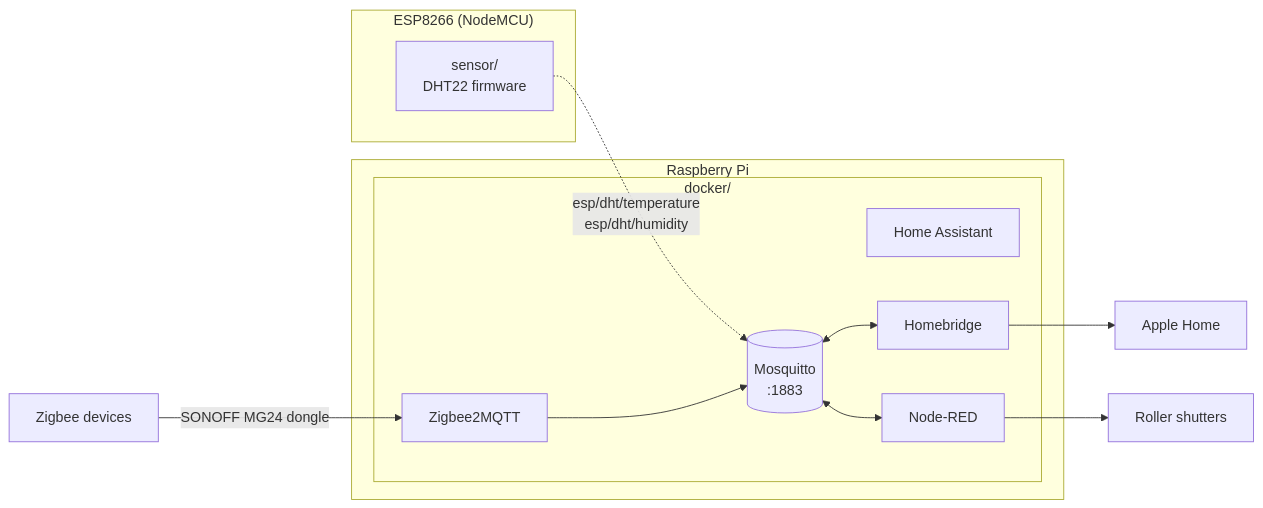
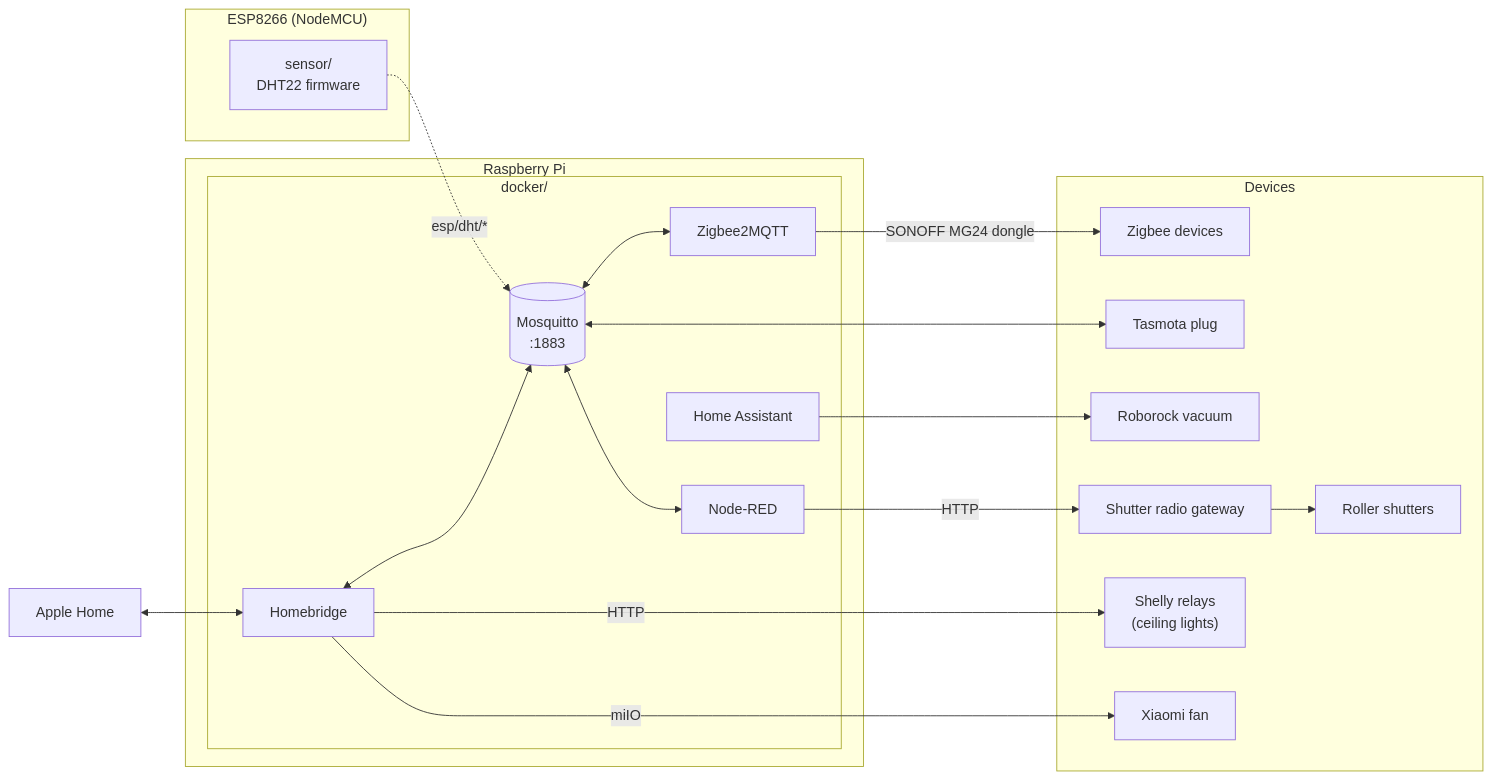
The diagram in README.md (yuran-liang/smart-home), drawn with Mermaid before and after one commit. The commit also changed other lines of this file, not shown here.

````diff
--- a/README.md
+++ b/README.md
@@ -9,28 +12,41 @@
 ```mermaid
 flowchart LR
+    AH["Apple Home"]
+
+    subgraph PI["Raspberry Pi"]
+        subgraph D["docker/"]
+            HB["Homebridge"]
+            B[("Mosquitto<br/>:1883")]
+            Z["Zigbee2MQTT"]
+            NR["Node-RED"]
+            HA["Home Assistant"]
+        end
+    end
+
     subgraph ESP["ESP8266 (NodeMCU)"]
         S["sensor/<br/>DHT22 firmware"]
     end
 
-    subgraph PI["Raspberry Pi"]
-        subgraph D["docker/"]
-            B[("Mosquitto<br/>:1883")]
-            HA["Home Assistant"]
-            Z["Zigbee2MQTT"]
-            HB["Homebridge"]
-            NR["Node-RED"]
-        end
+    subgraph DEV["Devices"]
+        ZD["Zigbee devices"]
+        TP["Tasmota plug"]
+        SH["Shelly relays<br/>(ceiling lights)"]
+        FAN["Xiaomi fan"]
+        GW["Shutter radio gateway"]
+        R["Roller shutters"]
+        RR["Roborock vacuum"]
     end
 
-    ZD["Zigbee devices"]
-    R["Roller shutters"]
-    AH["Apple Home"]
-
-    S -. "esp/dht/temperature<br/>esp/dht/humidity" .-> B
-    ZD -- "SONOFF MG24 dongle" --> Z
-    Z --> B
-    B <--> HB
+    AH <--> HB
+    HB <--> B
+    HB -- "HTTP" --> SH
+    HB -- "miIO" --> FAN
+    B <--> Z
+    Z -- "SONOFF MG24 dongle" --> ZD
+    B <--> TP
     B <--> NR
-    NR --> R
-    HB --> AH
+    NR -- "HTTP" --> GW
+    GW --> R
+    S -. "esp/dht/*" .-> B
+    HA --> RR
 ```
````
